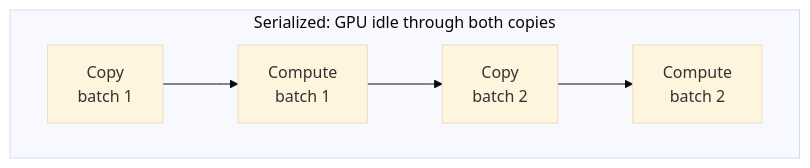
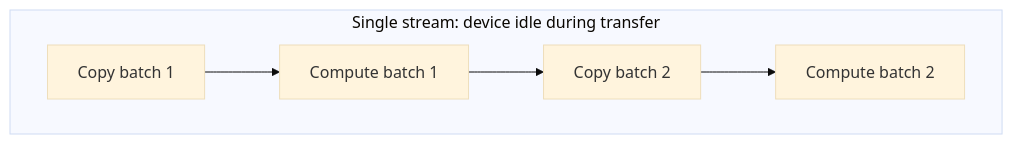
The fifth of 6 diagrams in systems_design/01-gpu-execution-model.md (arpanpathak/cracking-the-systems-programming-interview), drawn with Mermaid (base theme) before and after one commit. The commit also changed other lines of this file and 6 other files, not shown here.

````diff
--- a/systems_design/01-gpu-execution-model.md
+++ b/systems_design/01-gpu-execution-model.md
@@ -108,7 +161,7 @@
 ```mermaid
 flowchart LR
-    subgraph S["Serialized: GPU idle through both copies"]
+    subgraph SEQUENTIAL["Single stream: device idle during transfer"]
         direction LR
-        C1["Copy<br/>batch 1"] --> K1["Compute<br/>batch 1"] --> C2["Copy<br/>batch 2"] --> K2["Compute<br/>batch 2"]
+        A1["Copy batch 1"] --> A2["Compute batch 1"] --> A3["Copy batch 2"] --> A4["Compute batch 2"]
     end
 ```
````
